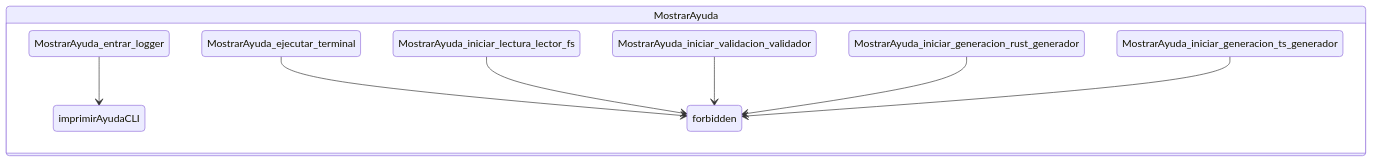
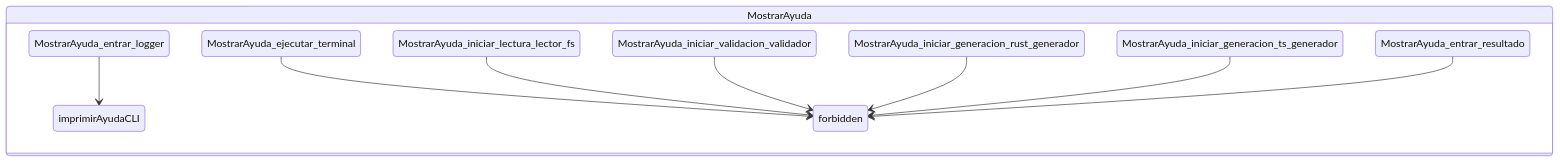
The eighth of 8 diagrams in spec/reference/trenza-cli/generated/CLI_Trenza_viz.md (cepeche/Trenza-DSL), drawn with Mermaid before and after one commit. The commit also changed other lines of this file and 11 other files, not shown here.

````diff
--- a/spec/reference/trenza-cli/generated/CLI_Trenza_viz.md
+++ b/spec/reference/trenza-cli/generated/CLI_Trenza_viz.md
@@ -122,13 +128,14 @@
 ```mermaid
 stateDiagram-v2
 
     state MostrarAyuda {
         MostrarAyuda_entrar_logger --> imprimirAyudaCLI
         MostrarAyuda_ejecutar_terminal --> forbidden
         MostrarAyuda_iniciar_lectura_lector_fs --> forbidden
         MostrarAyuda_iniciar_validacion_validador --> forbidden
         MostrarAyuda_iniciar_generacion_rust_generador --> forbidden
         MostrarAyuda_iniciar_generacion_ts_generador --> forbidden
+        MostrarAyuda_entrar_resultado --> forbidden
     }
 
 ```
````
